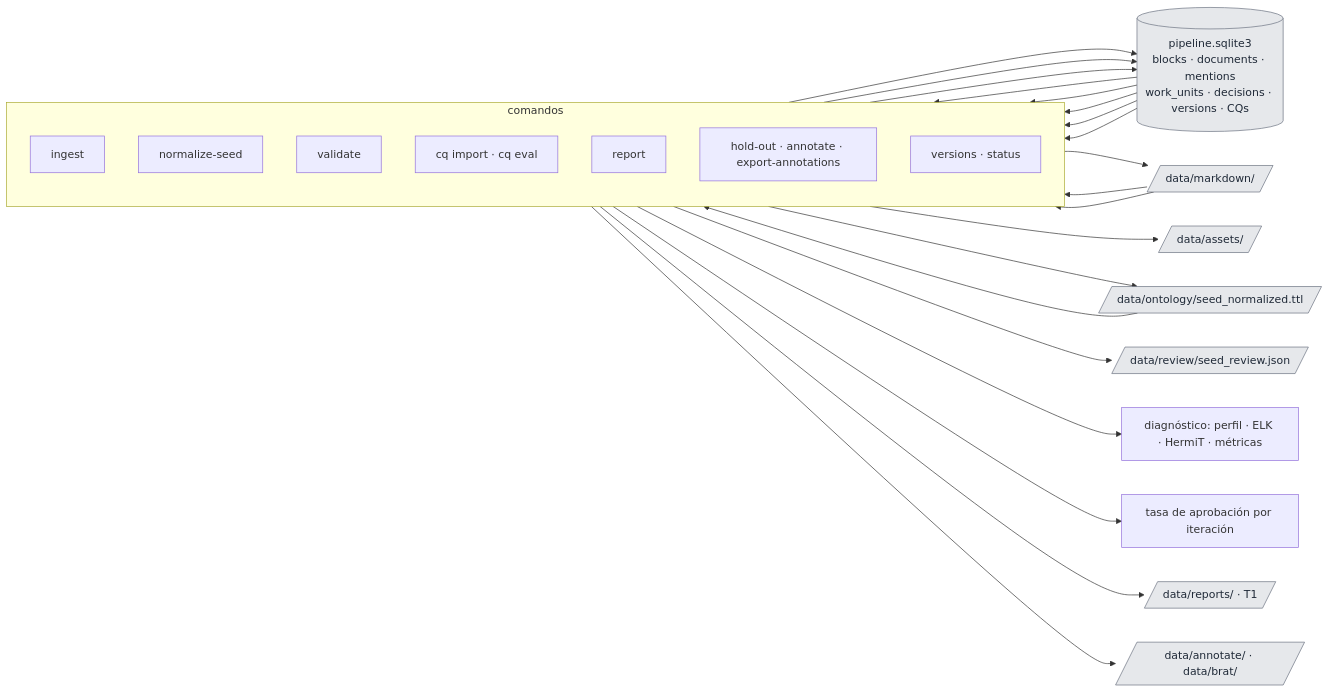
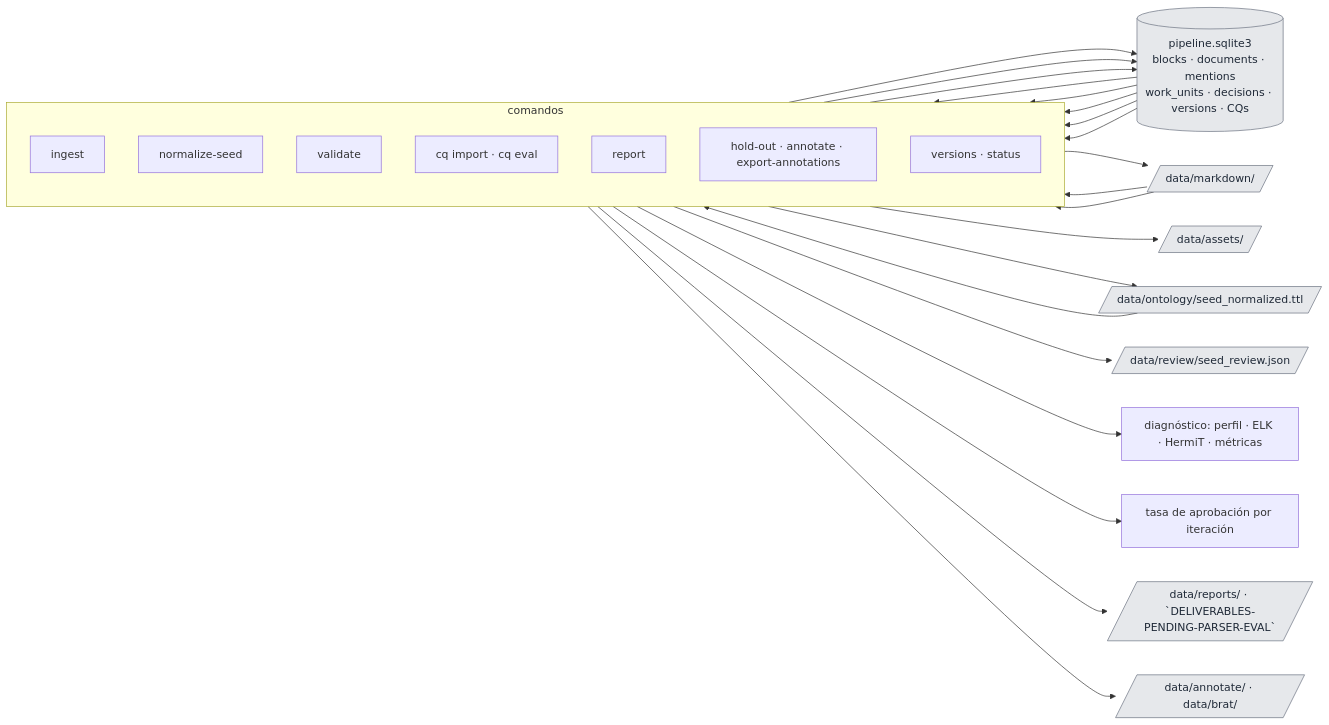
One commit to gonzatorte/ontology_and_llm_pipeline changed the second of 3 diagrams in README.md. Above: the diagram before and after it, drawn with Mermaid. The commit also changed other lines of this file and 66 other files, not shown here.

````diff
--- a/README.md
+++ b/README.md
@@ -291,42 +321,42 @@
 ```mermaid
 flowchart LR
   subgraph C["comandos"]
     direction TB
     i["ingest"]
     n["normalize-seed"]
     v["validate"]
     q["cq import · cq eval"]
     r["report"]
     a["hold-out · annotate · export-annotations"]
     s["versions · status"]
   end
 
   db[("pipeline.sqlite3<br/>blocks · documents · mentions<br/>work_units · decisions · versions · CQs")]
   md[/"data/markdown/"/]
   as[/"data/assets/"/]
   on[/"data/ontology/seed_normalized.ttl"/]
   rv[/"data/review/seed_review.json"/]
-  rp[/"data/reports/ · T1"/]
+  rp[/"data/reports/ · `DELIVERABLES-PENDING-PARSER-EVAL`"/]
   an[/"data/annotate/ · data/brat/"/]
   di["diagnóstico: perfil · ELK · HermiT · métricas"]
   pr["tasa de aprobación por iteración"]
 
   i --> db
   i --> md
   i --> as
   n --> on
   n --> rv
   n --> db
   db --> v
   on --> v --> di
   q --> db
   db --> q --> pr
   db --> r --> rp
   md --> r
   db --> a --> an
   md --> a
   db --> s
 
   classDef store fill:#e6e8eb,stroke:#6b7280,color:#1f2937
   class db,md,as,on,rv,rp,an store
 ```
````
